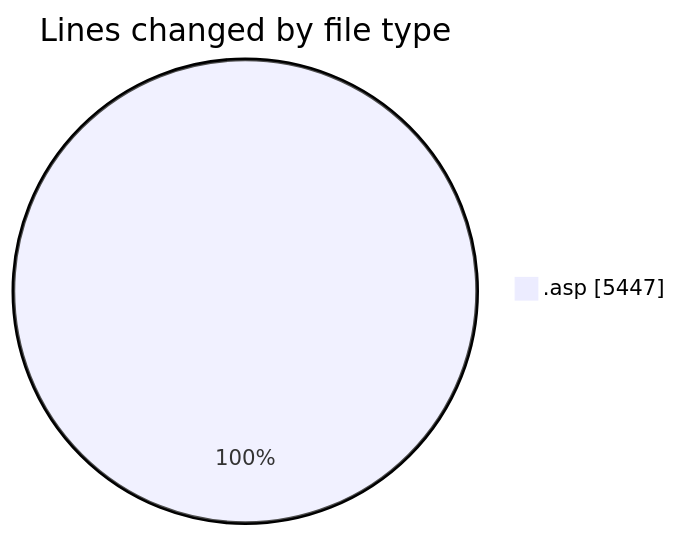
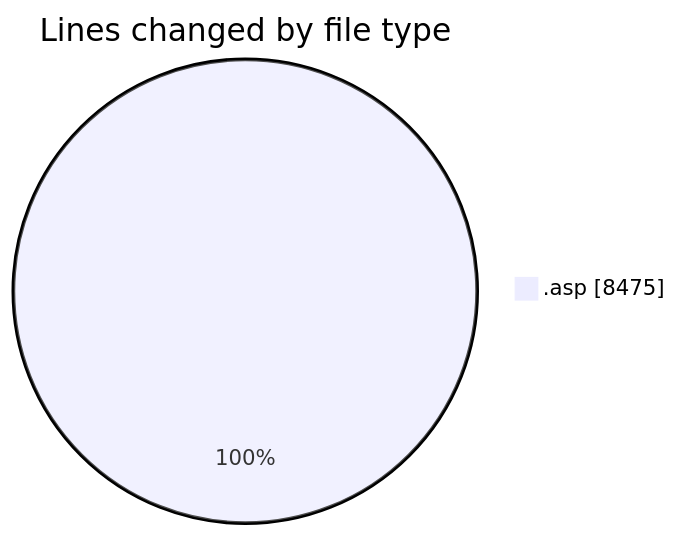
The first of 2 diagrams in 2025-11-04/cdp_aleoudev_fr__workspace_/README.md (julien-gomy/code-tracking), drawn with Mermaid before and after one commit. The commit also changed other lines of this file and 1 other file, not shown here.

````diff
--- a/2025-11-04/cdp_aleoudev_fr__workspace_/README.md
+++ b/2025-11-04/cdp_aleoudev_fr__workspace_/README.md
@@ -22,5 +23,5 @@
 ```mermaid
 pie showData
 title Lines changed by file type
-".asp" : 5447
+".asp" : 8475
 ```
````
